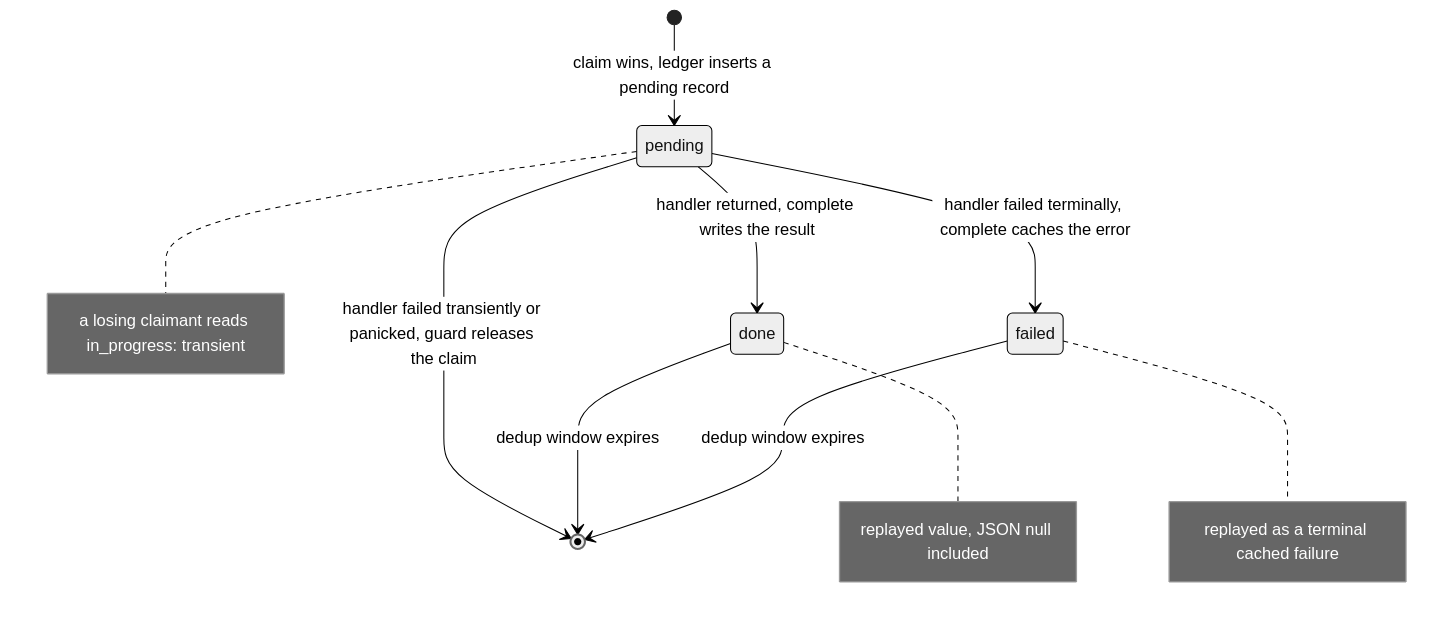
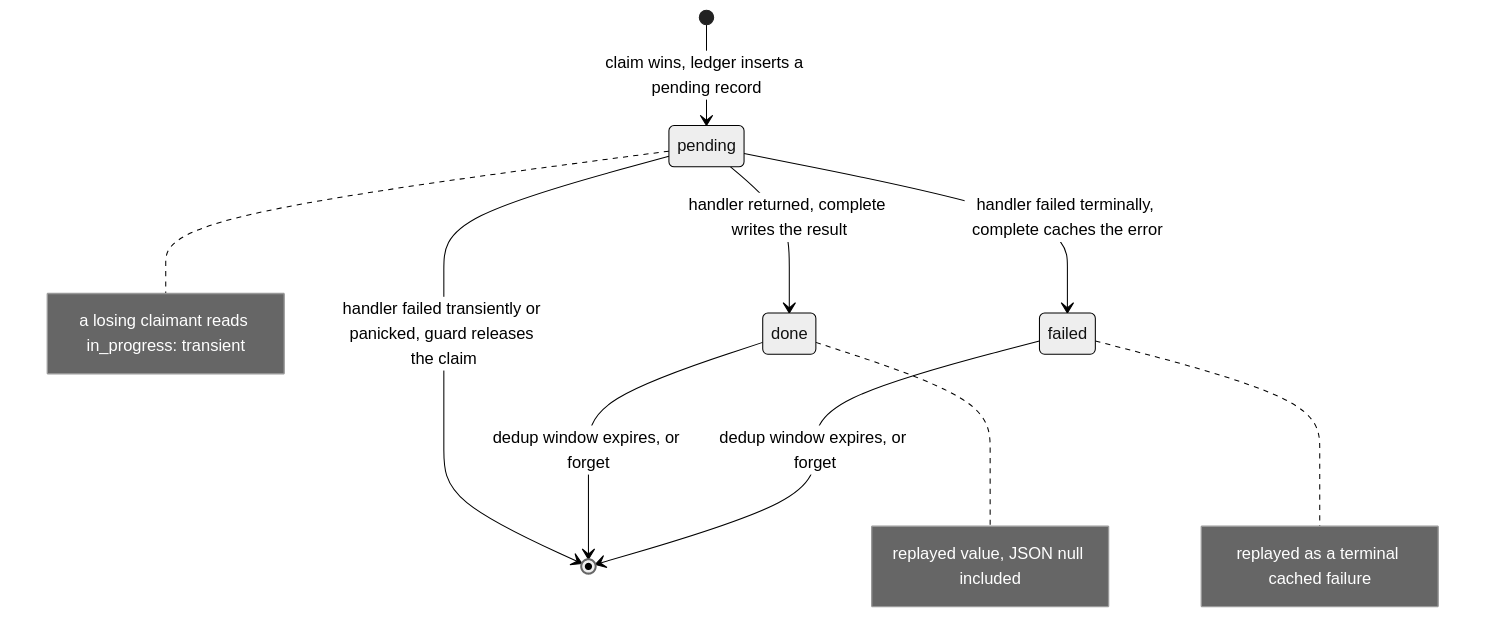
Before and after one commit to haskian/edax: the second of 3 diagrams in docs/kernels/cqrs.md, drawn with Mermaid (neutral theme). The commit also changed other lines of this file and 175 other files, not shown here.

````diff
--- a/docs/kernels/cqrs.md
+++ b/docs/kernels/cqrs.md
@@ -233,19 +261,19 @@
 ```mermaid
 stateDiagram-v2
   [*] --> pending: claim wins, ledger inserts a pending record
   pending --> done: handler returned, complete writes the result
   pending --> failed: handler failed terminally, complete caches the error
   pending --> [*]: handler failed transiently or panicked, guard releases the claim
-  done --> [*]: dedup window expires
-  failed --> [*]: dedup window expires
+  done --> [*]: dedup window expires, or forget
+  failed --> [*]: dedup window expires, or forget
 
   note right of pending
     a losing claimant reads in_progress: transient
   end note
   note right of done
     replayed value, JSON null included
   end note
   note right of failed
     replayed as a terminal cached failure
   end note
 ```
````
